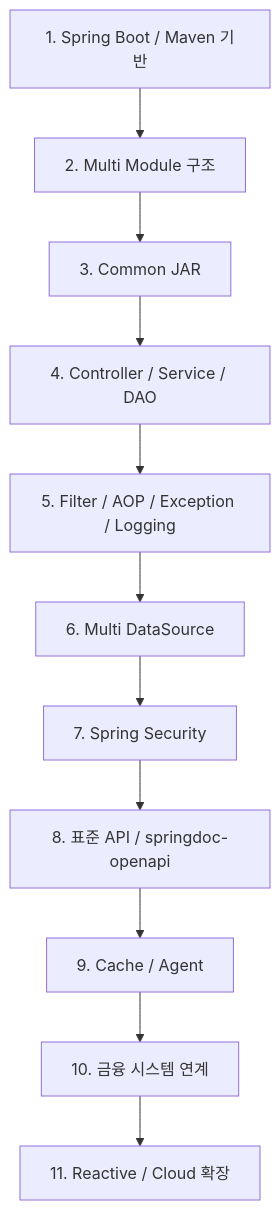
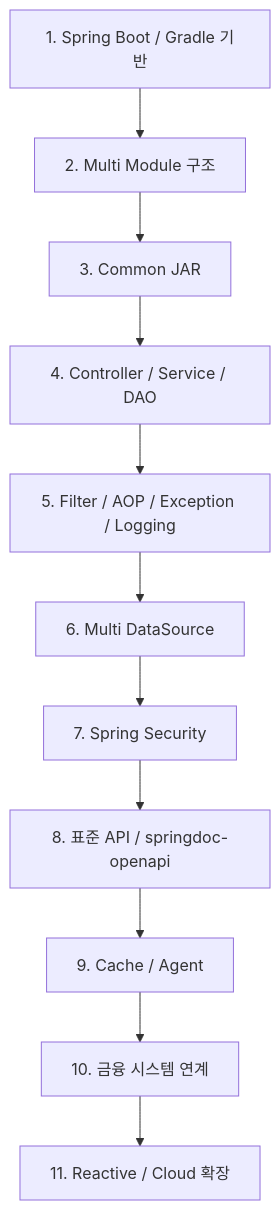
Diagram 28 of 29 in docs/01_project_start/01_overview/architecture_direction.md (Team-Microserver/microserver-docs), drawn with Mermaid before and after one commit. The commit also changed other lines of this file and 30 other files, not shown here.

````diff
--- a/docs/01_project_start/01_overview/architecture_direction.md
+++ b/docs/01_project_start/01_overview/architecture_direction.md
@@ -1255,25 +1301,25 @@
 ```mermaid
 flowchart TD
-    STEP1["1. Spring Boot / Maven 기반"]
+    STEP1["1. Spring Boot / Gradle 기반"]
     STEP2["2. Multi Module 구조"]
     STEP3["3. Common JAR"]
     STEP4["4. Controller / Service / DAO"]
     STEP5["5. Filter / AOP / Exception / Logging"]
     STEP6["6. Multi DataSource"]
     STEP7["7. Spring Security"]
     STEP8["8. 표준 API / springdoc-openapi"]
     STEP9["9. Cache / Agent"]
     STEP10["10. 금융 시스템 연계"]
     STEP11["11. Reactive / Cloud 확장"]
 
     STEP1 --> STEP2
     STEP2 --> STEP3
     STEP3 --> STEP4
     STEP4 --> STEP5
     STEP5 --> STEP6
     STEP6 --> STEP7
     STEP7 --> STEP8
     STEP8 --> STEP9
     STEP9 --> STEP10
     STEP10 --> STEP11
 ```
````
